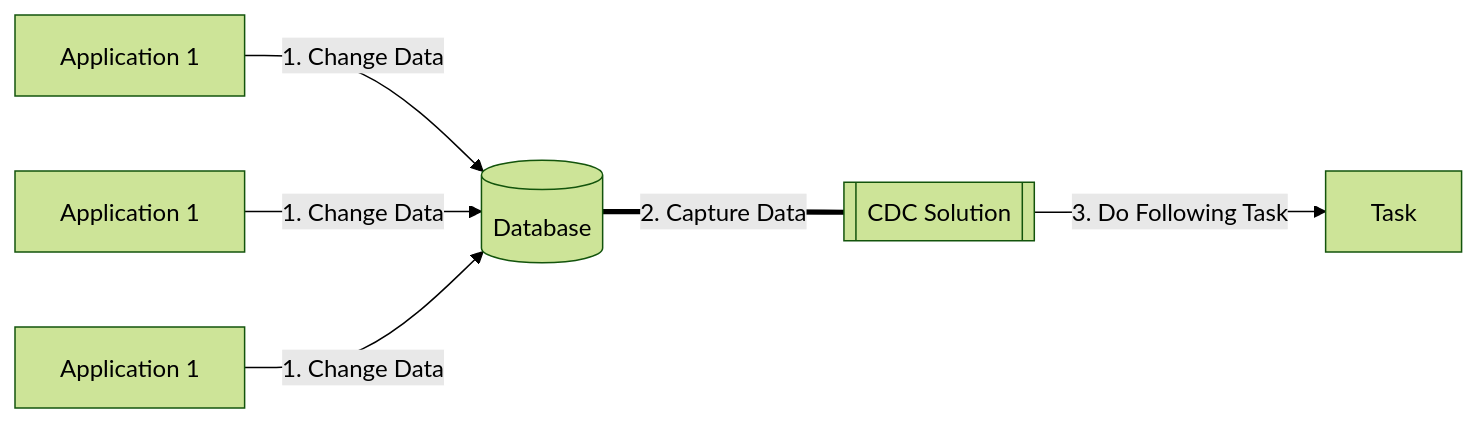
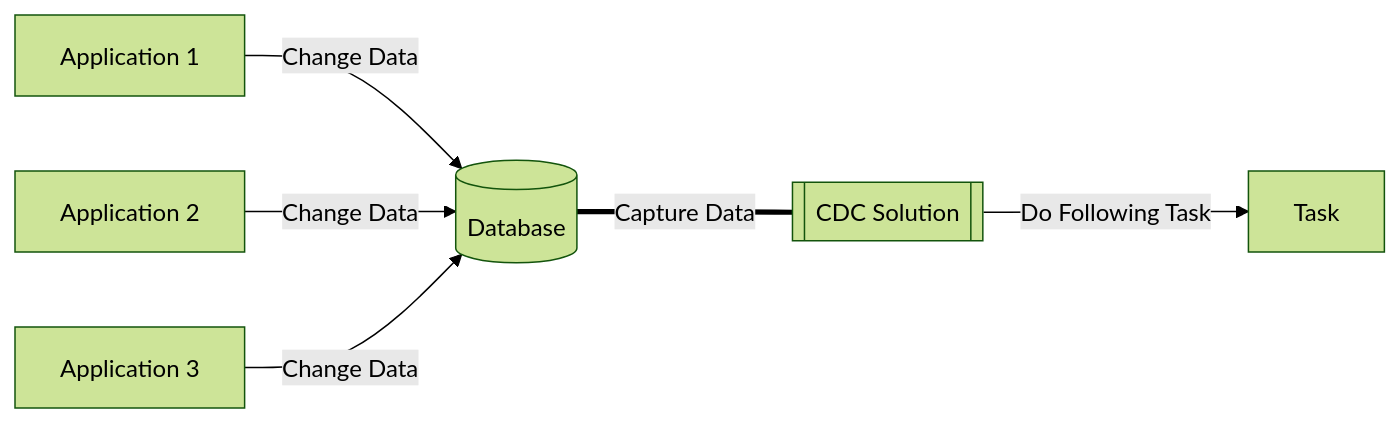
One commit to choesimin/choesimin.github.io changed the first of 3 diagrams in collections/_skills/technology/cdc.md. Above: the diagram before and after it, drawn with Mermaid (forest theme). The commit also changed other lines of this file, not shown here.

````diff
--- a/collections/_skills/technology/cdc.md
+++ b/collections/_skills/technology/cdc.md
@@ -15,13 +15,13 @@
 ```mermaid
 flowchart LR
     app1[Application 1]
-    app2[Application 1]
-    app3[Application 1]
+    app2[Application 2]
+    app3[Application 3]
     db[(Database)]
     cdc[[CDC Solution]]
     task[Task]
 
-    app1 & app2 & app3 -- "1. Change Data" --> db
-    db == "2. Capture Data" === cdc
-    cdc -- "3. Do Following Task" --> task
+    app1 & app2 & app3 -- "Change Data" --> db
+    db == "Capture Data" === cdc
+    cdc -- "Do Following Task" --> task
 ```
````
